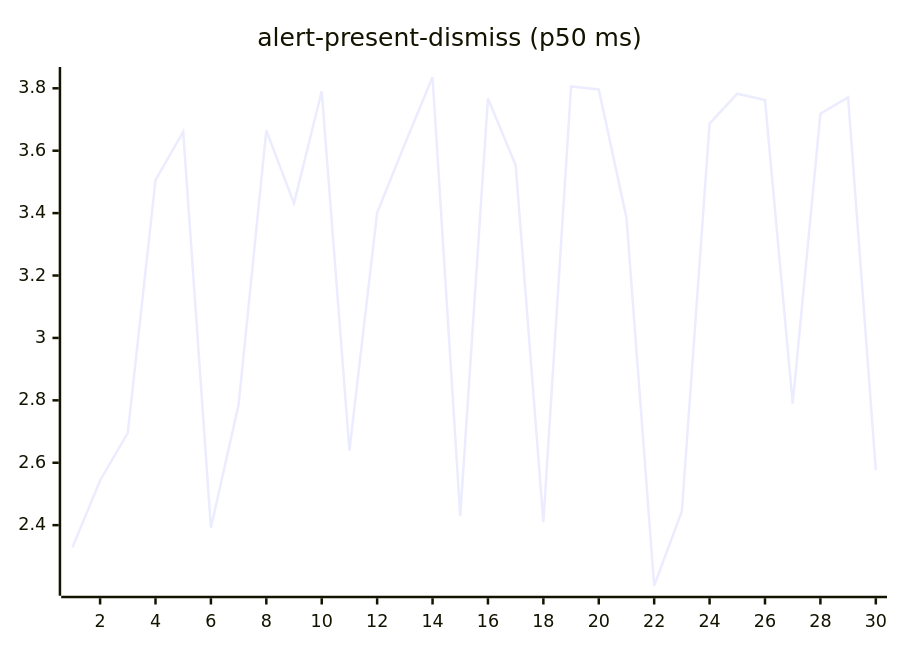
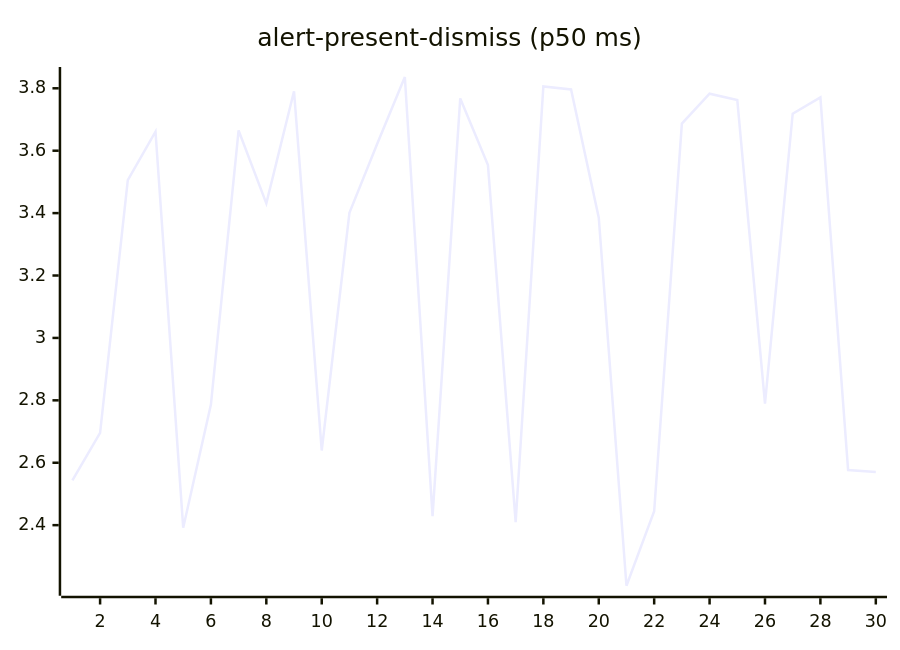
Before and after one commit to josha/Facet: the second of 27 diagrams in README.md, drawn with Mermaid. The commit also changed other lines of this file and 2 other files, not shown here.

````diff
--- a/README.md
+++ b/README.md
@@ -70,6 +70,6 @@
 ```mermaid
 xychart-beta
     title "alert-present-dismiss (p50 ms)"
     x-axis 1 --> 30
-    line [2.3284, 2.5432, 2.6957, 3.5058, 3.6611, 2.3918, 2.7865, 3.6648, 3.4312, 3.7906, 2.6392, 3.4008, 3.6212, 3.8362, 2.4288, 3.7676, 3.5538, 2.4095, 3.8060, 3.7961, 3.3851, 2.2058, 2.4450, 3.6869, 3.7826, 3.7621, 2.7891, 3.7187, 3.7708, 2.5766]
+    line [2.5432, 2.6957, 3.5058, 3.6611, 2.3918, 2.7865, 3.6648, 3.4312, 3.7906, 2.6392, 3.4008, 3.6212, 3.8362, 2.4288, 3.7676, 3.5538, 2.4095, 3.8060, 3.7961, 3.3851, 2.2058, 2.4450, 3.6869, 3.7826, 3.7621, 2.7891, 3.7187, 3.7708, 2.5766, 2.5704]
 ```
````
